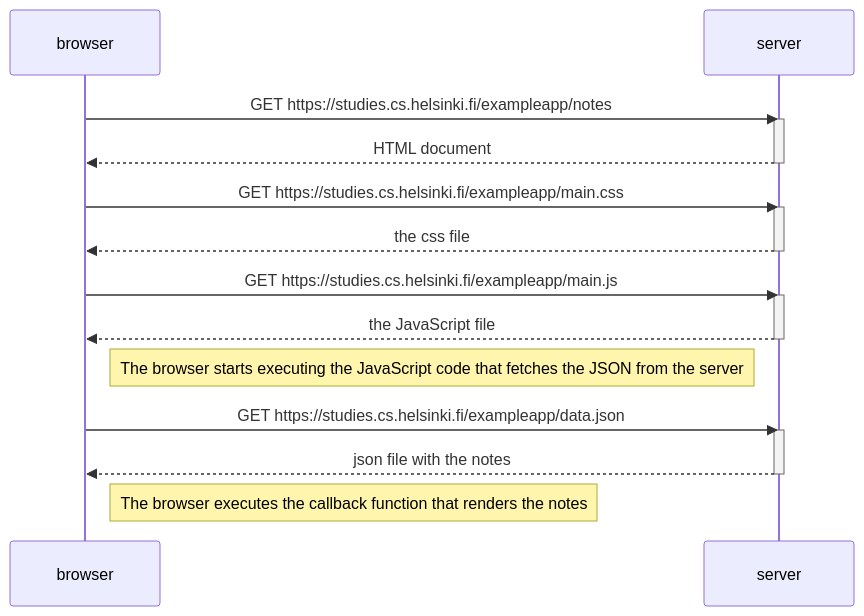
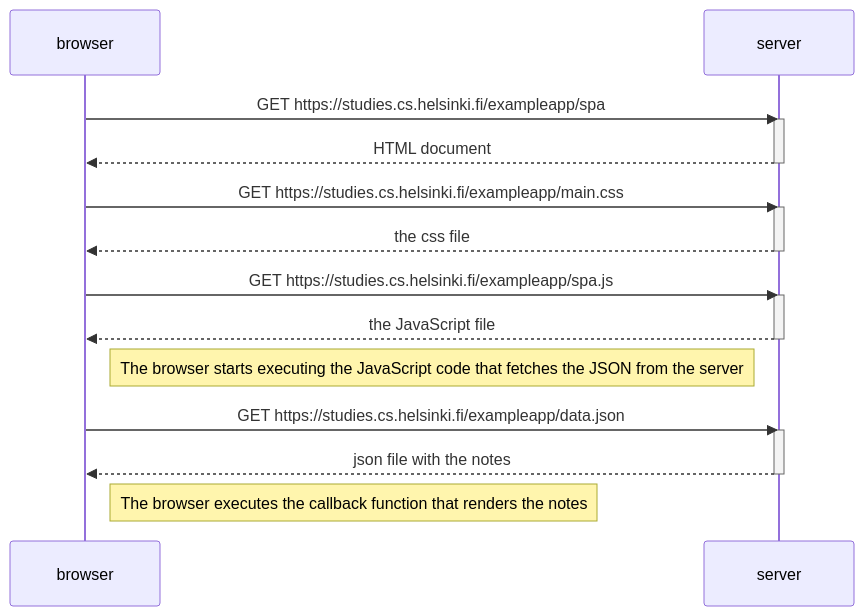
Before and after one commit to MartinhoMacedo/FSO: the diagram in part0/0_5.md, drawn with Mermaid.

````diff
--- a/part0/0_5.md
+++ b/part0/0_5.md
@@ -3,29 +3,29 @@
 ```mermaid
     sequenceDiagram
         participant browser
         participant server
 
-        browser->>server: GET https://studies.cs.helsinki.fi/exampleapp/notes
+        browser->>server: GET https://studies.cs.helsinki.fi/exampleapp/spa
         activate server
         server-->>browser: HTML document
         deactivate server
 
         browser->>server: GET https://studies.cs.helsinki.fi/exampleapp/main.css
         activate server
         server-->>browser: the css file
         deactivate server
 
-        browser->>server: GET https://studies.cs.helsinki.fi/exampleapp/main.js
+        browser->>server: GET https://studies.cs.helsinki.fi/exampleapp/spa.js
         activate server
         server-->>browser: the JavaScript file
         deactivate server
 
         Note right of browser: The browser starts executing the JavaScript code that fetches the JSON from the server
 
         browser->>server: GET https://studies.cs.helsinki.fi/exampleapp/data.json
         activate server
         server-->>browser: json file with the notes
         deactivate server
 
         Note right of browser: The browser executes the callback function that renders the notes
 ```
````
